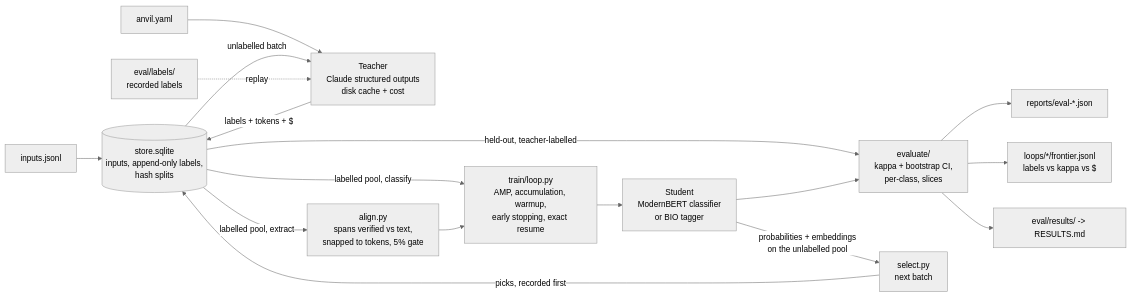
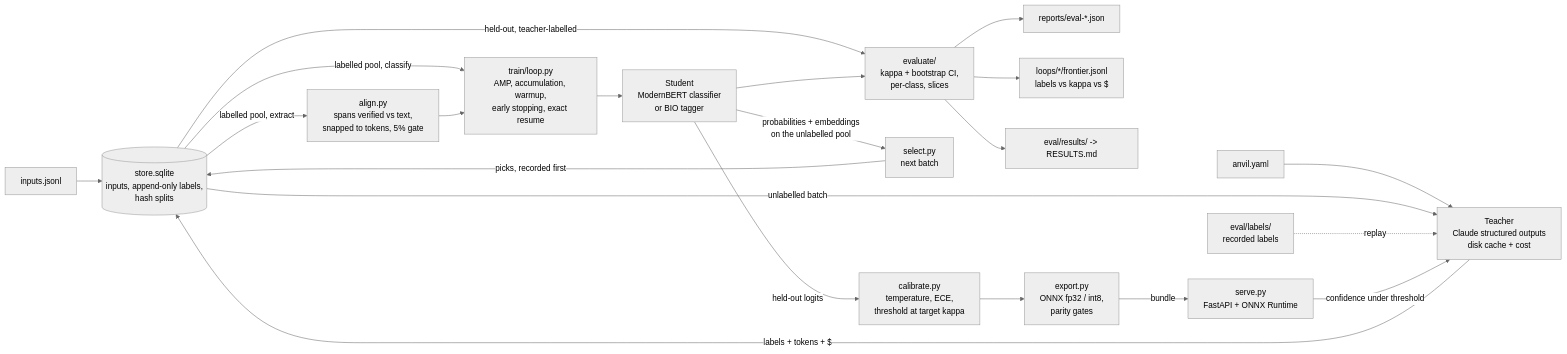
The diagram in README.md (TheAsianFish/anvil), drawn with Mermaid (neutral theme) before and after one commit. The commit also changed other lines of this file and 45 other files, not shown here.

First line of the commit message:
M5: Calibration, export and serving — temperature scaling and ECE, threshold search for coverage at target k (#6)

````diff
--- a/README.md
+++ b/README.md
@@ -137,19 +174,23 @@
 ```mermaid
 flowchart LR
     I[inputs.jsonl] --> ST[(store.sqlite<br/>inputs, append-only labels,<br/>hash splits)]
     SPEC[anvil.yaml] --> T
     ST -->|unlabelled batch| T[Teacher<br/>Claude structured outputs<br/>disk cache + cost]
     T -->|labels + tokens + $| ST
     ST -->|labelled pool, classify| TR[train/loop.py<br/>AMP, accumulation, warmup,<br/>early stopping, exact resume]
     ST -->|labelled pool, extract| AL[align.py<br/>spans verified vs text,<br/>snapped to tokens, 5% gate]
     AL --> TR
     TR --> S[Student<br/>ModernBERT classifier<br/>or BIO tagger]
     ST -->|held-out, teacher-labelled| EV[evaluate/<br/>kappa + bootstrap CI,<br/>per-class, slices]
     S --> EV
     EV --> R[reports/eval-*.json]
     S -->|probabilities + embeddings<br/>on the unlabelled pool| SEL[select.py<br/>next batch]
     SEL -->|picks, recorded first| ST
     EV --> FR[loops/*/frontier.jsonl<br/>labels vs kappa vs $]
     LF[eval/labels/<br/>recorded labels] -.->|replay| T
     EV --> RES[eval/results/ -> RESULTS.md]
+    S -->|held-out logits| CAL[calibrate.py<br/>temperature, ECE,<br/>threshold at target kappa]
+    CAL --> EX[export.py<br/>ONNX fp32 / int8,<br/>parity gates]
+    EX -->|bundle| SV[serve.py<br/>FastAPI + ONNX Runtime]
+    SV -->|confidence under threshold| T
 ```
````
